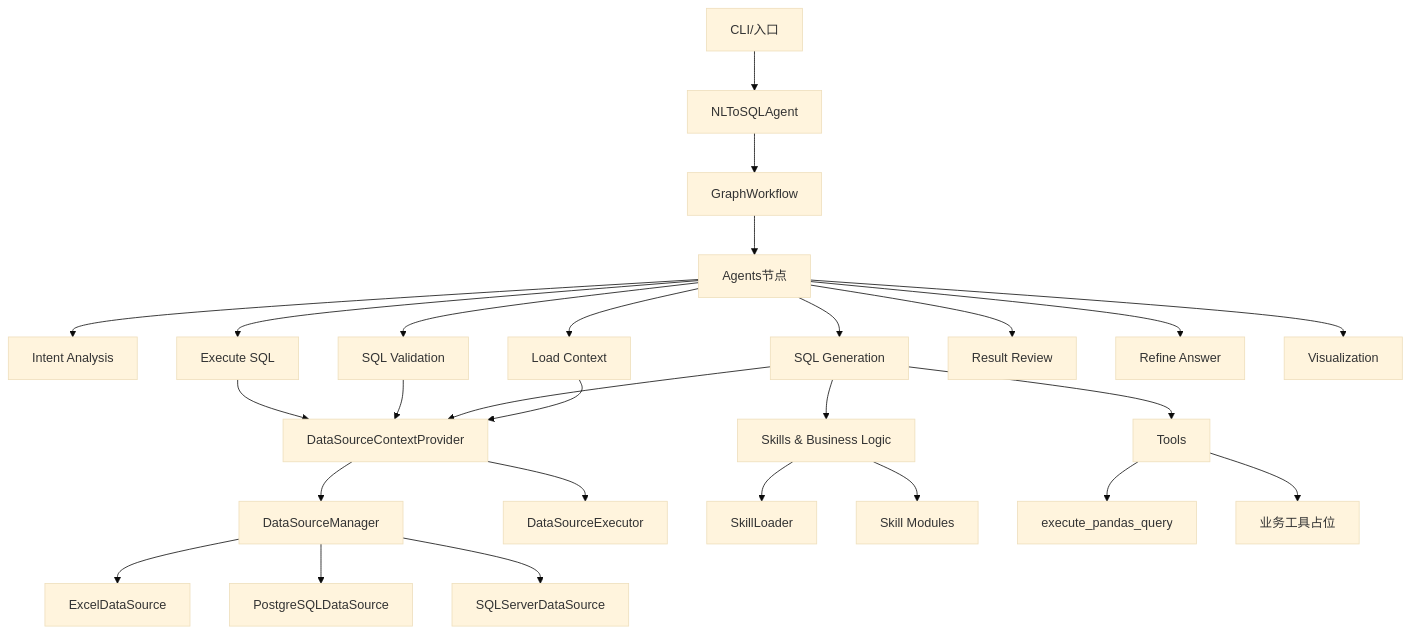
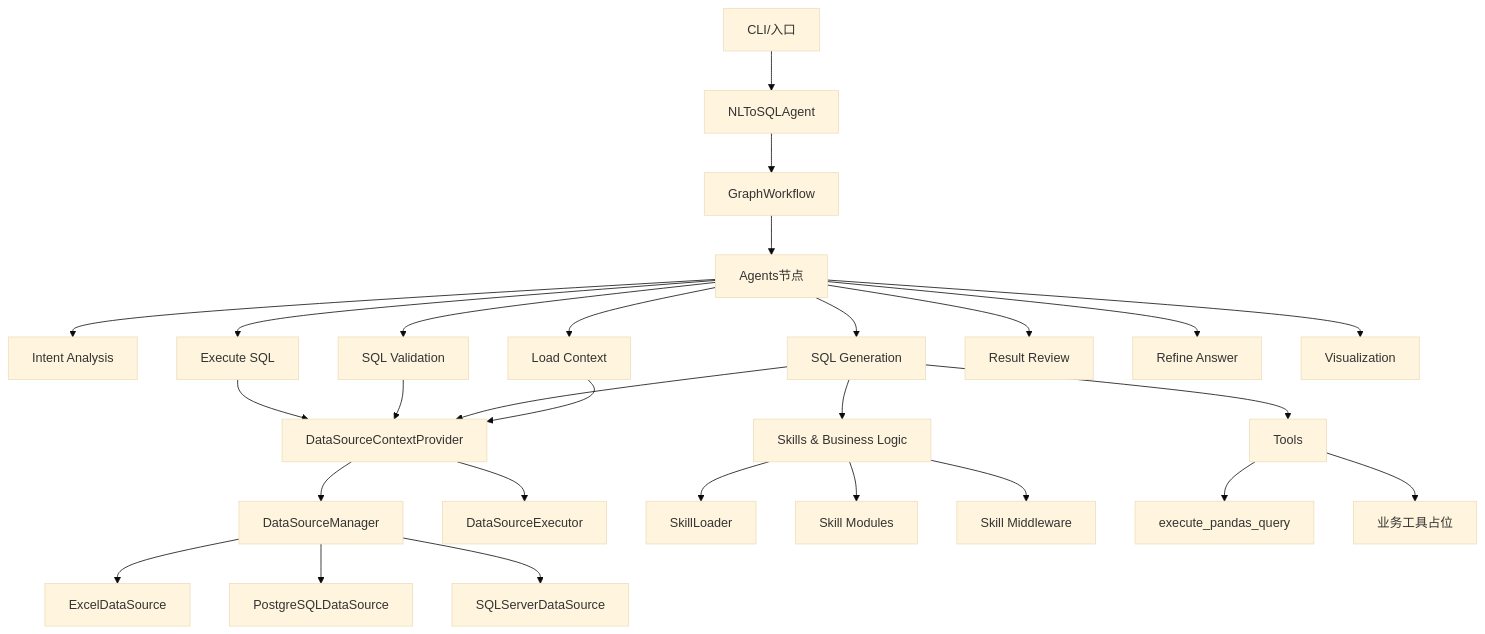
One commit to yjzaaa/Nl_tosql_agent changed the first of 2 diagrams in docs/architecture.md. Above: the diagram before and after it, drawn with Mermaid (base theme). The commit also changed other lines of this file and 8 other files, not shown here.

````diff
--- a/docs/architecture.md
+++ b/docs/architecture.md
@@ -9,33 +11,34 @@
 ```mermaid
 graph TD
     A[CLI/入口] --> B[NLToSQLAgent]
     B --> C[GraphWorkflow]
     C --> D[Agents节点]
     D --> D1[Intent Analysis]
     D --> D2[Load Context]
     D --> D3[SQL Generation]
     D --> D4[SQL Validation]
     D --> D5[Execute SQL]
     D --> D6[Result Review]
     D --> D7[Refine Answer]
     D --> D8[Visualization]
 
     D2 --> E[DataSourceContextProvider]
     D3 --> E
     D4 --> E
     D5 --> E
 
     E --> F[DataSourceManager]
     E --> G[DataSourceExecutor]
     F --> F1[ExcelDataSource]
     F --> F2[PostgreSQLDataSource]
     F --> F3[SQLServerDataSource]
 
     D3 --> H[Skills & Business Logic]
     H --> H1[SkillLoader]
     H --> H2[Skill Modules]
+    H --> H3[Skill Middleware]
 
     D3 --> I[Tools]
     I --> I1[execute_pandas_query]
     I --> I2[业务工具占位]
 ```
````
